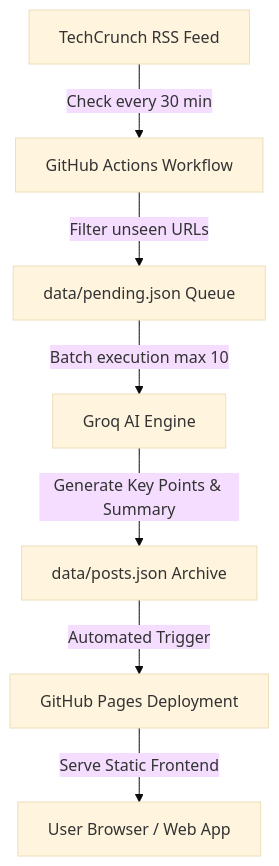
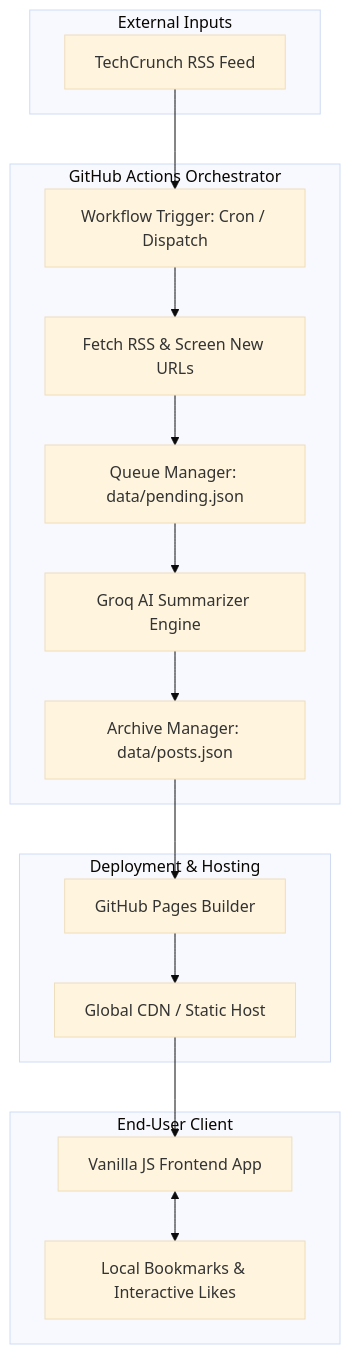
One commit to rutaabali3/TECHNEWS_404 changed the diagram in README.md. Above: the diagram before and after it, drawn with Mermaid (base theme). The commit also changed other lines of this file and 2 other files, not shown here.

````diff
--- a/README.md
+++ b/README.md
@@ -36,9 +72,34 @@
 ```mermaid
 flowchart TD
-    A[TechCrunch RSS Feed] -->|Check every 30 min| B[GitHub Actions Workflow]
-    B -->|Filter unseen URLs| C[data/pending.json Queue]
-    C -->|Batch execution max 10| D[Groq AI Engine]
-    D -->|Generate Key Points & Summary| E[data/posts.json Archive]
-    E -->|Automated Trigger| F[GitHub Pages Deployment]
-    F -->|Serve Static Frontend| G[User Browser / Web App]
+    subgraph External Inputs
+        A[TechCrunch RSS Feed]
+    end
+
+    subgraph GitHub Actions Orchestrator
+        B[Workflow Trigger: Cron / Dispatch]
+        C[Fetch RSS & Screen New URLs]
+        D[Queue Manager: data/pending.json]
+        E[Groq AI Summarizer Engine]
+        F[Archive Manager: data/posts.json]
+    end
+
+    subgraph Deployment & Hosting
+        G[GitHub Pages Builder]
+        H[Global CDN / Static Host]
+    end
+
+    subgraph End-User Client
+        I[Vanilla JS Frontend App]
+        J[Local Bookmarks & Interactive Likes]
+    end
+
+    A --> B
+    B --> C
+    C --> D
+    D --> E
+    E --> F
+    F --> G
+    G --> H
+    H --> I
+    I <--> J
 ```
````
